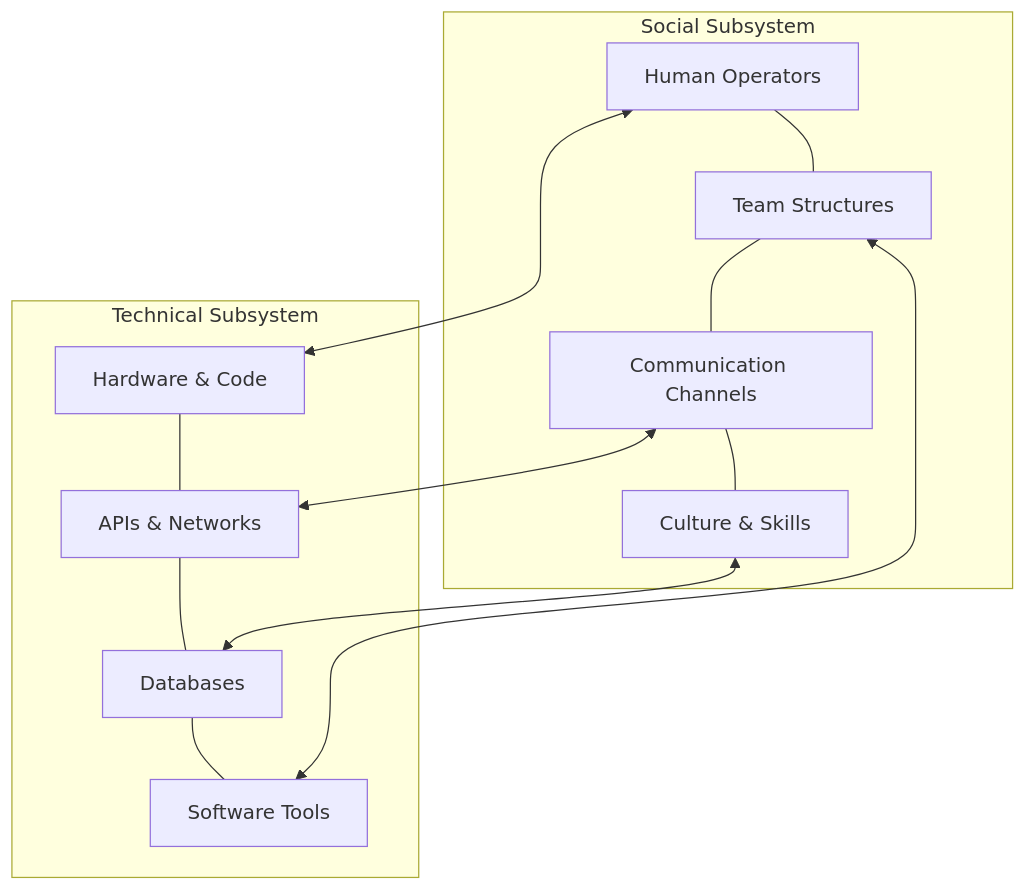
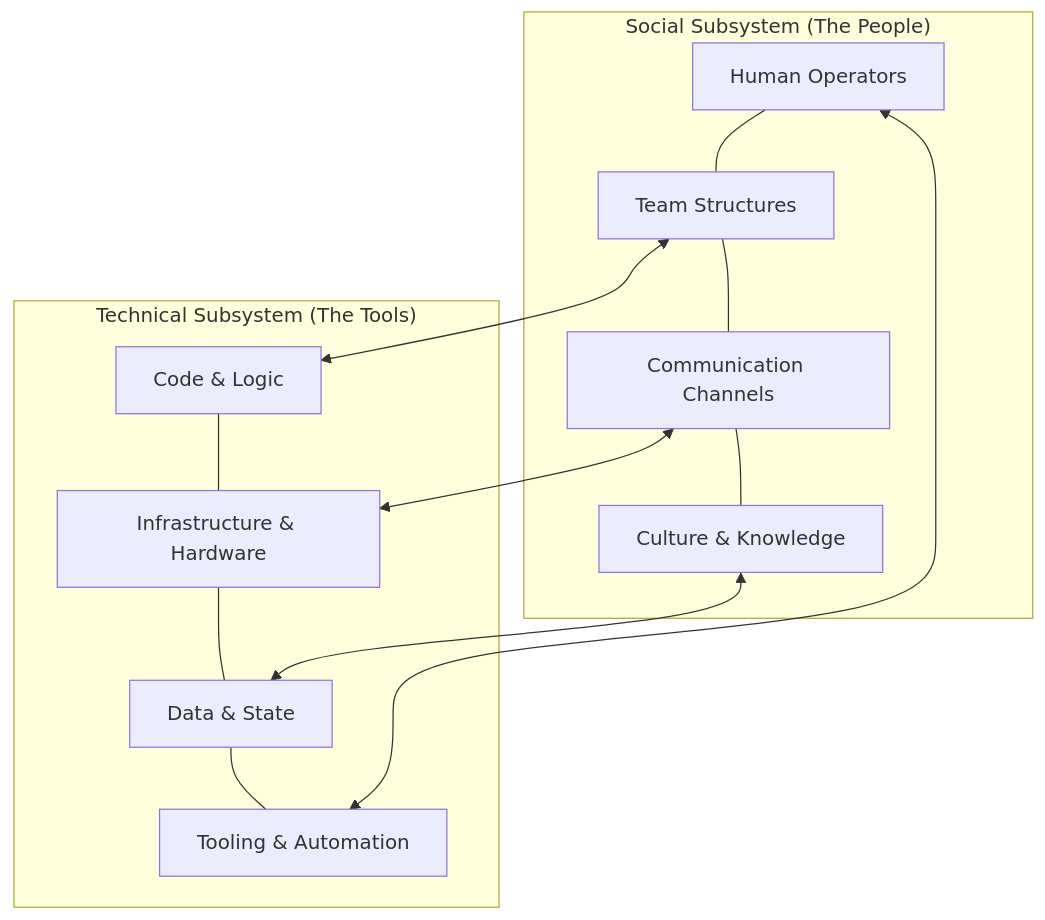
The diagram in docs/systems-thinking/sociotechnical-system.md (vaishvanara/techwritingkb), drawn with Mermaid before and after one commit. The commit also changed other lines of this file and 26 other files, not shown here.

````diff
--- a/docs/systems-thinking/sociotechnical-system.md
+++ b/docs/systems-thinking/sociotechnical-system.md
@@ -25,19 +25,19 @@
 ```mermaid
 graph TD
-    subgraph "Social Subsystem"
+    subgraph "Social Subsystem (The People)"
     A[Human Operators] --- B[Team Structures]
     B --- C[Communication Channels]
-    C --- D[Culture & Skills]
+    C --- D[Culture & Knowledge]
     end
 
-    subgraph "Technical Subsystem"
-    E[Hardware & Code] --- F[APIs & Networks]
-    F --- G[Databases]
-    G --- H[Software Tools]
+    subgraph "Technical Subsystem (The Tools)"
+    E[Code & Logic] --- F[Infrastructure & Hardware]
+    F --- G[Data & State]
+    G --- H[Tooling & Automation]
     end
 
-    A <--> E
-    B <--> H
+    A <--> H
+    B <--> E
     C <--> F
     D <--> G
 ```
````
